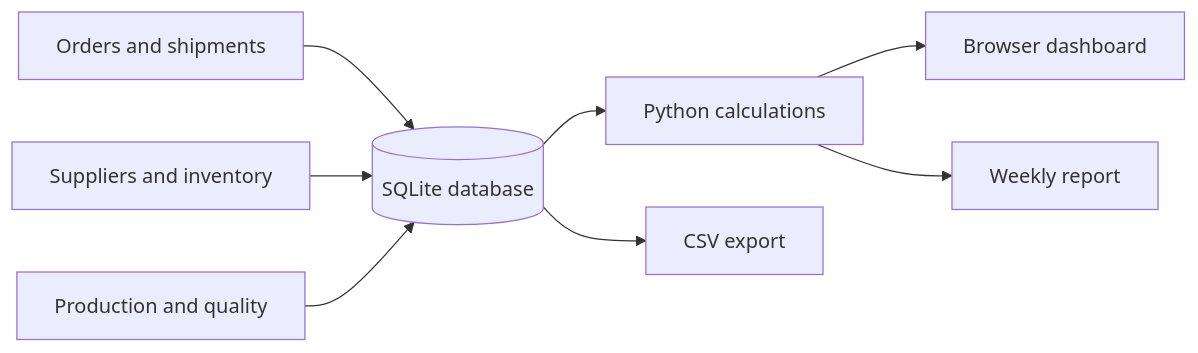
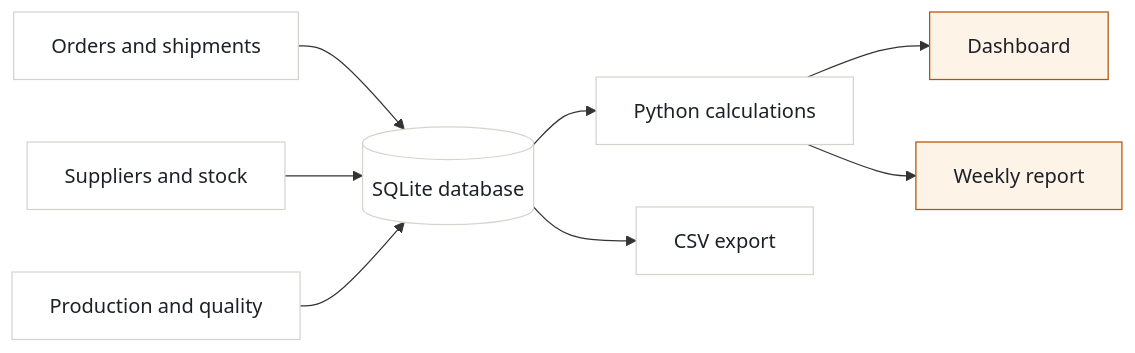
Before and after one commit to RajivPraveen/OpsVision: the diagram in README.md, drawn with Mermaid. The commit also changed other lines of this file and 9 other files, not shown here.

```diff
--- a/README.md
+++ b/README.md
@@ -123,10 +152,14 @@
 ~~~mermaid
 flowchart LR
   A[Orders and shipments] --> D[(SQLite database)]
-  B[Suppliers and inventory] --> D
+  B[Suppliers and stock] --> D
   C[Production and quality] --> D
   D --> E[Python calculations]
-  E --> F[Browser dashboard]
+  E --> F[Dashboard]
   E --> G[Weekly report]
   D --> H[CSV export]
+  classDef step fill:#ffffff,stroke:#d4d4cf,color:#1d2127
+  classDef out fill:#fdf3e7,stroke:#b45309,color:#1d2127
+  class A,B,C,D,E,H step
+  class F,G out
 ~~~
```
